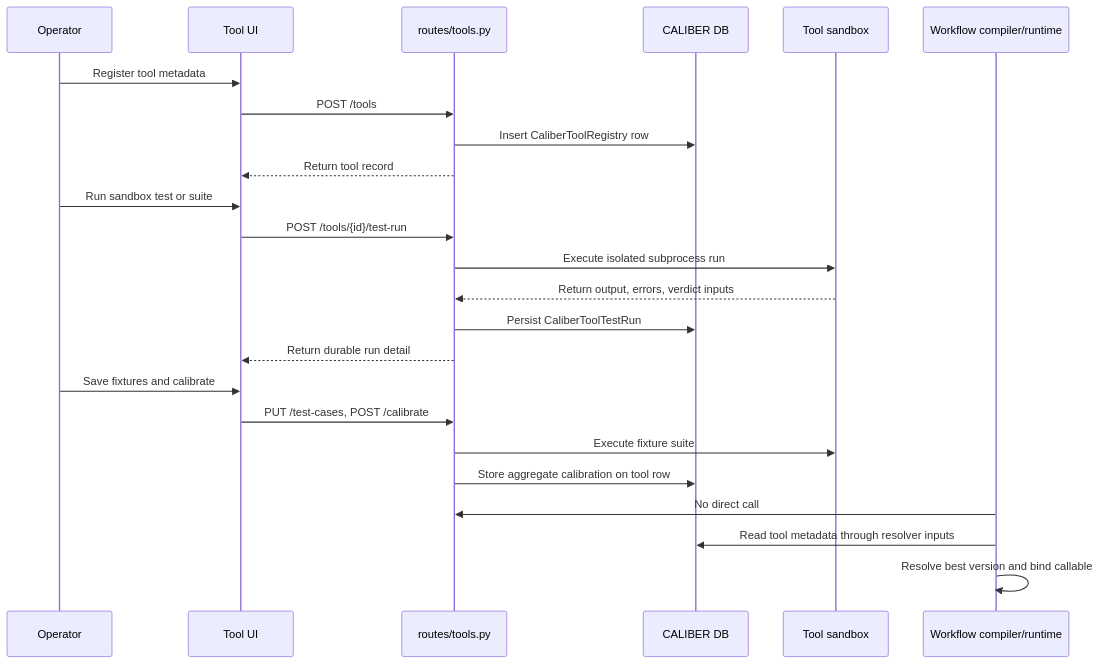
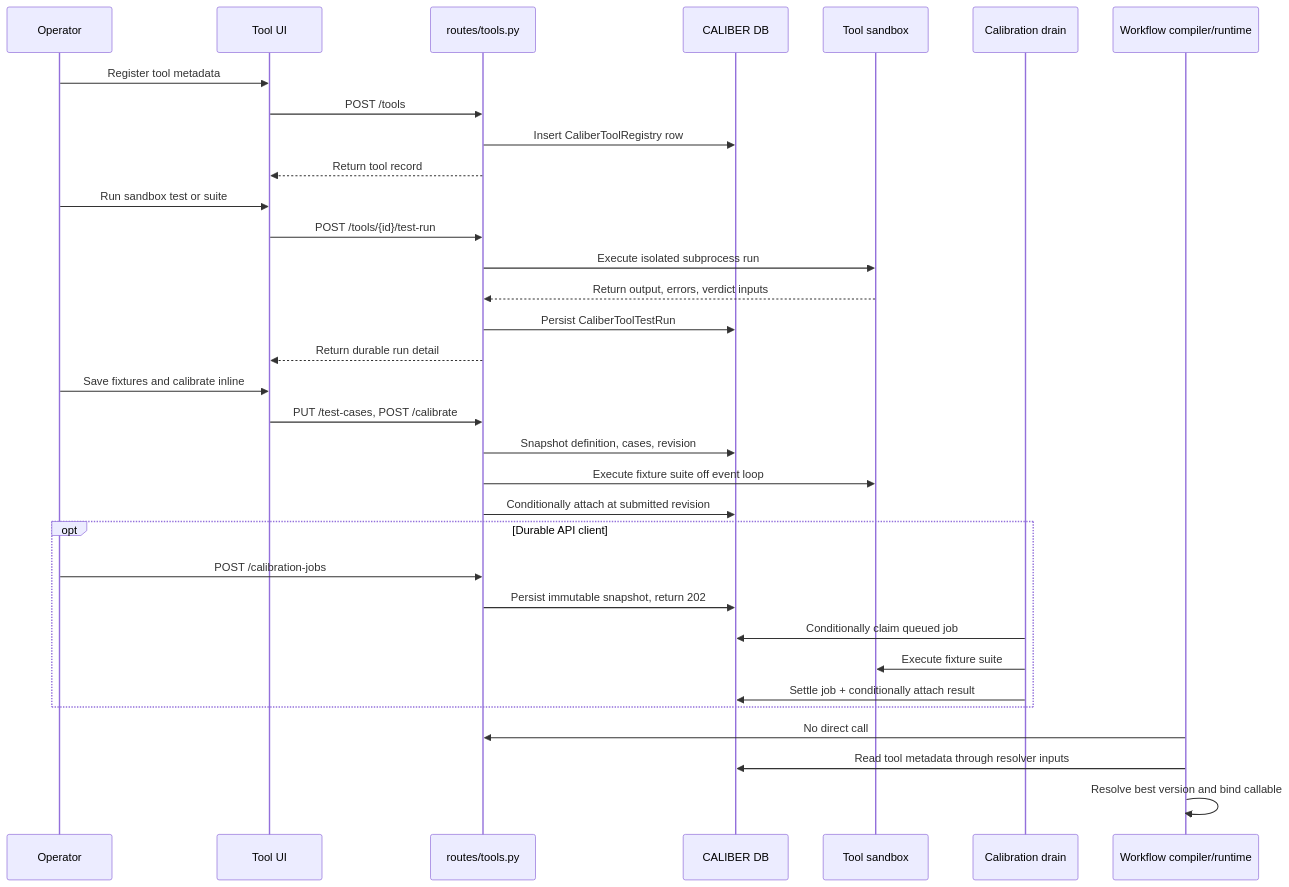
One commit to rrahimi-uci/caliber-suite changed the second of 2 diagrams in caliber/caliber-ui/public/docs/m-03-tools.md. Above: the diagram before and after it, drawn with Mermaid. The commit also changed other lines of this file and 237 other files, not shown here.

````diff
--- a/caliber/caliber-ui/public/docs/m-03-tools.md
+++ b/caliber/caliber-ui/public/docs/m-03-tools.md
@@ -184,30 +208,40 @@
 ```mermaid
 sequenceDiagram
     participant U as Operator
     participant UI as Tool UI
     participant API as routes/tools.py
     participant DB as CALIBER DB
     participant SB as Tool sandbox
+    participant D as Calibration drain
     participant WF as Workflow compiler/runtime
 
     U->>UI: Register tool metadata
     UI->>API: POST /tools
     API->>DB: Insert CaliberToolRegistry row
     API-->>UI: Return tool record
 
     U->>UI: Run sandbox test or suite
     UI->>API: POST /tools/{id}/test-run
     API->>SB: Execute isolated subprocess run
     SB-->>API: Return output, errors, verdict inputs
     API->>DB: Persist CaliberToolTestRun
     API-->>UI: Return durable run detail
 
-    U->>UI: Save fixtures and calibrate
+    U->>UI: Save fixtures and calibrate inline
     UI->>API: PUT /test-cases, POST /calibrate
-    API->>SB: Execute fixture suite
-    API->>DB: Store aggregate calibration on tool row
+    API->>DB: Snapshot definition, cases, revision
+    API->>SB: Execute fixture suite off event loop
+    API->>DB: Conditionally attach at submitted revision
+
+    opt Durable API client
+        U->>API: POST /calibration-jobs
+        API->>DB: Persist immutable snapshot, return 202
+        D->>DB: Conditionally claim queued job
+        D->>SB: Execute fixture suite
+        D->>DB: Settle job + conditionally attach result
+    end
 
     WF->>API: No direct call
     WF->>DB: Read tool metadata through resolver inputs
     WF->>WF: Resolve best version and bind callable
 ```
````
